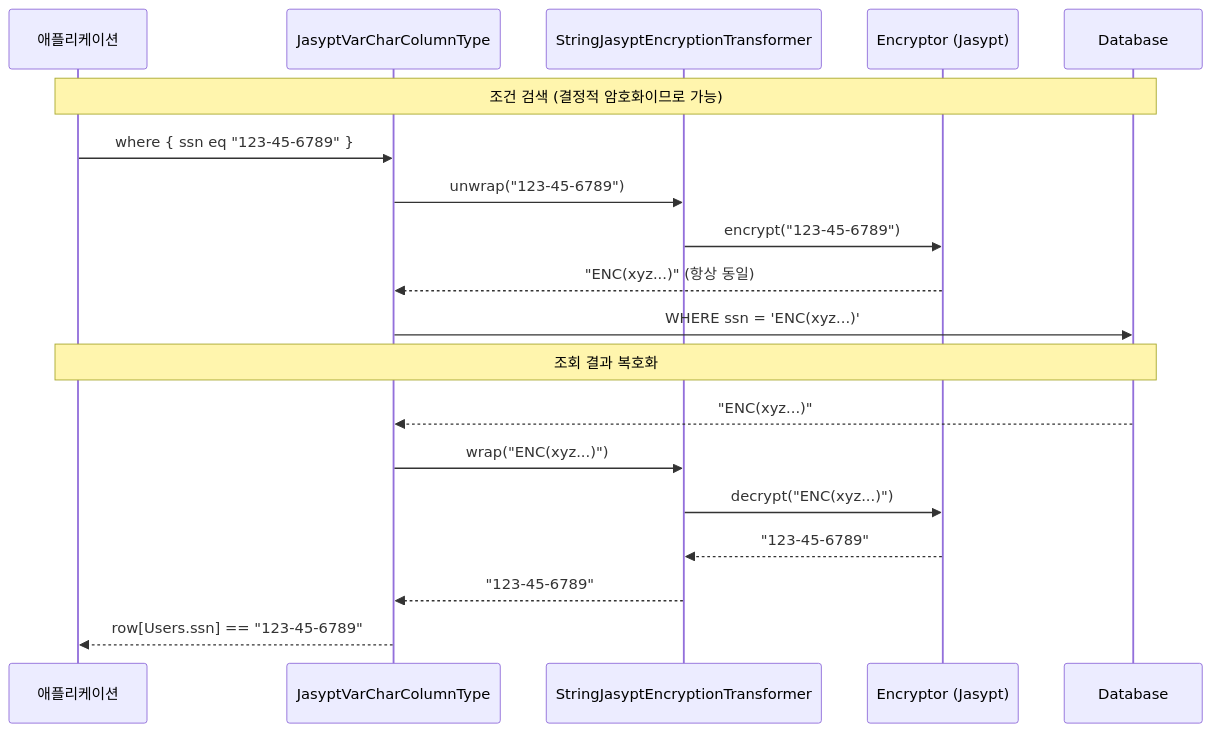
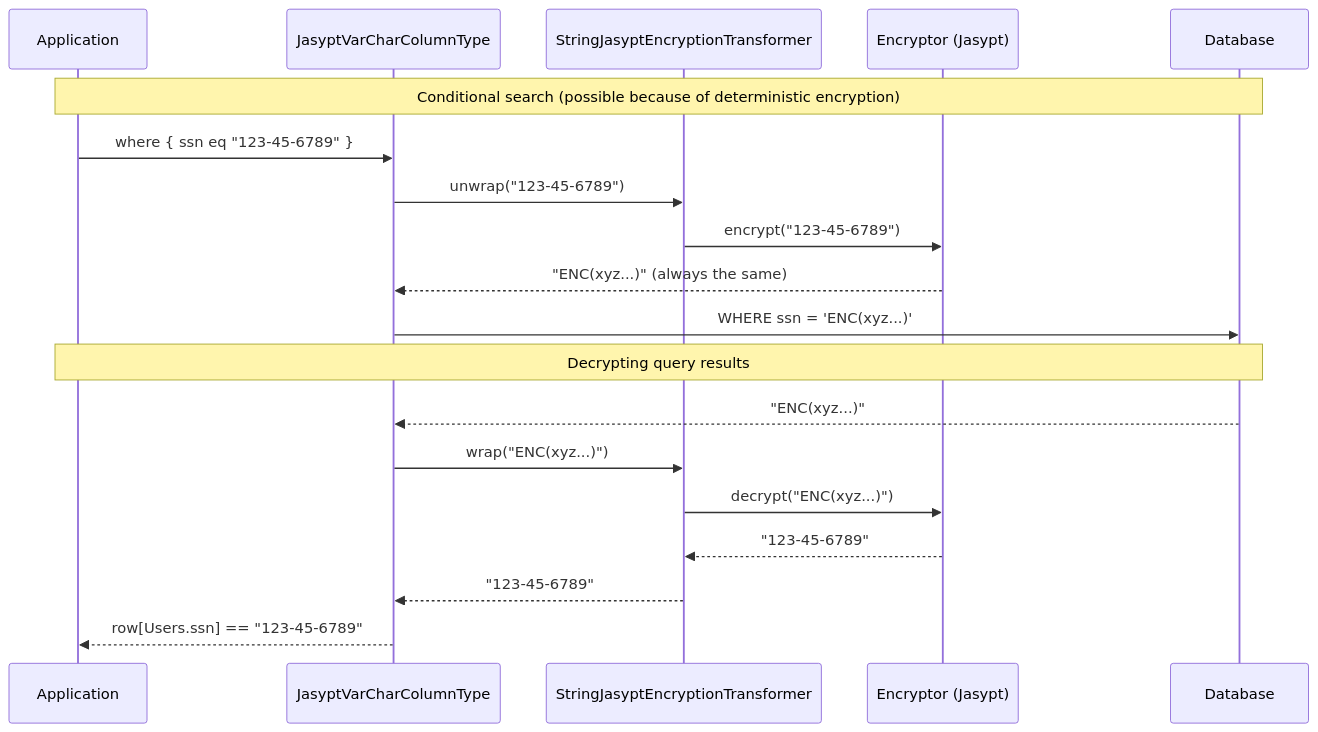
One commit to bluetape4k/bluetape4k-projects changed the fourth of 4 diagrams in data/exposed-jasypt/README.md. Above: the diagram before and after it, drawn with Mermaid. The commit also changed other lines of this file and 265 other files, not shown here.

````diff
--- a/data/exposed-jasypt/README.md
+++ b/data/exposed-jasypt/README.md
@@ -189,23 +191,23 @@
 ```mermaid
 sequenceDiagram
-    participant App as 애플리케이션
+    participant App as Application
     participant Col as JasyptVarCharColumnType
     participant Tx as StringJasyptEncryptionTransformer
     participant Enc as Encryptor (Jasypt)
     participant DB as Database
 
-    Note over App,DB: 조건 검색 (결정적 암호화이므로 가능)
+    Note over App,DB: Conditional search (possible because of deterministic encryption)
     App->>Col: where { ssn eq "123-45-6789" }
     Col->>Tx: unwrap("123-45-6789")
     Tx->>Enc: encrypt("123-45-6789")
-    Enc-->>Col: "ENC(xyz...)" (항상 동일)
+    Enc-->>Col: "ENC(xyz...)" (always the same)
     Col->>DB: WHERE ssn = 'ENC(xyz...)'
 
-    Note over App,DB: 조회 결과 복호화
+    Note over App,DB: Decrypting query results
     DB-->>Col: "ENC(xyz...)"
     Col->>Tx: wrap("ENC(xyz...)")
     Tx->>Enc: decrypt("ENC(xyz...)")
     Enc-->>Tx: "123-45-6789"
     Tx-->>Col: "123-45-6789"
     Col-->>App: row[Users.ssn] == "123-45-6789"
 ```
````
